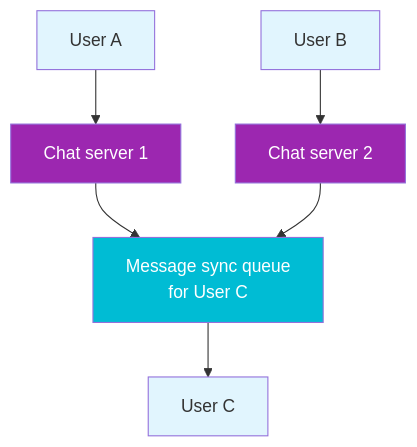
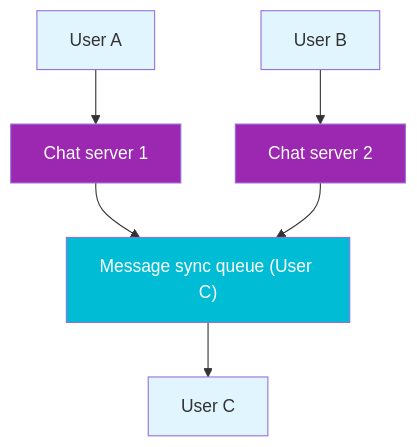
One commit to NalinDalal/system-design changed diagram 13 of 18 in 1.ChatApp.md. Above: the diagram before and after it, drawn with Mermaid. The commit also changed other lines of this file, not shown here.

````diff
--- a/1.ChatApp.md
+++ b/1.ChatApp.md
@@ -347,15 +339,15 @@
 ```mermaid
 graph TD
     A[User A] --> B[Chat server 1]
     C[User B] --> D[Chat server 2]
-    B --> E[Message sync queue<br/>for User C]
+    B --> E["Message sync queue (User C)"]
     D --> E
     E --> F[User C]
 
     style A fill:#e1f5fe
     style B fill:#9c27b0,color:#fff
     style C fill:#e1f5fe
     style D fill:#9c27b0,color:#fff
     style E fill:#00bcd4,color:#fff
     style F fill:#e1f5fe
 ```
````
